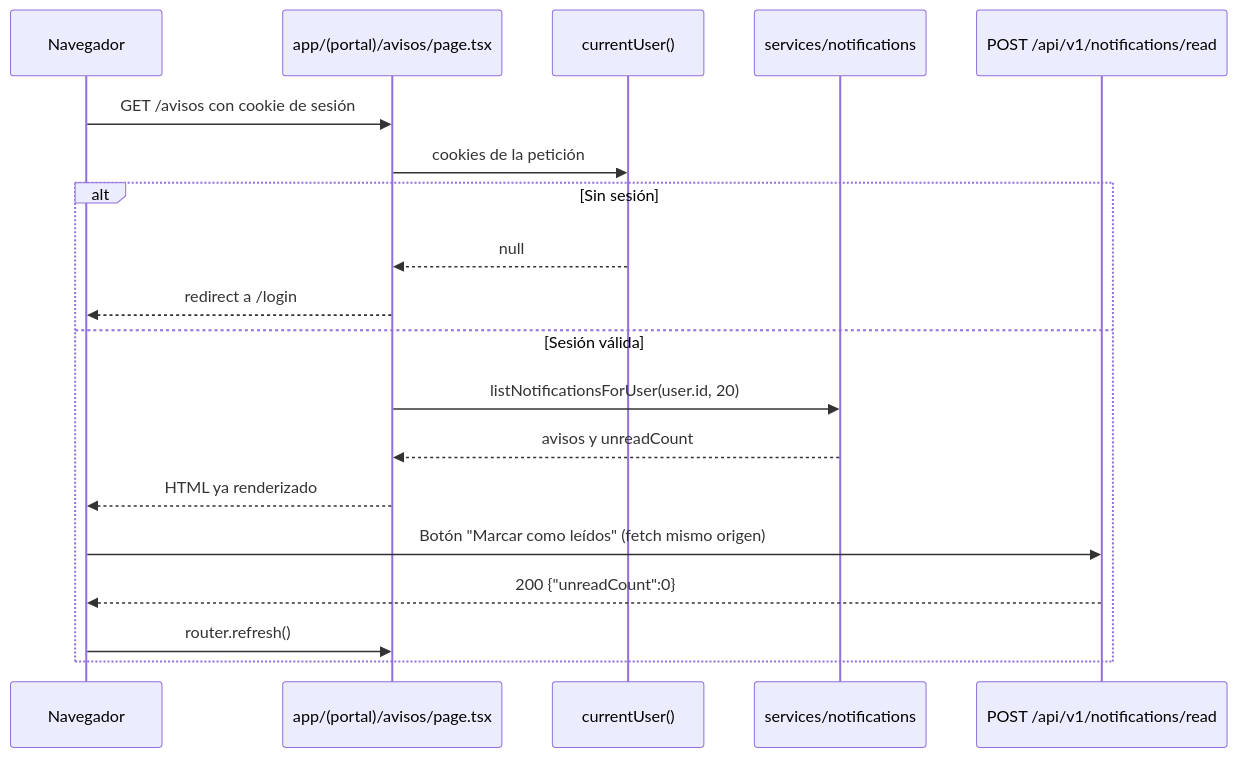
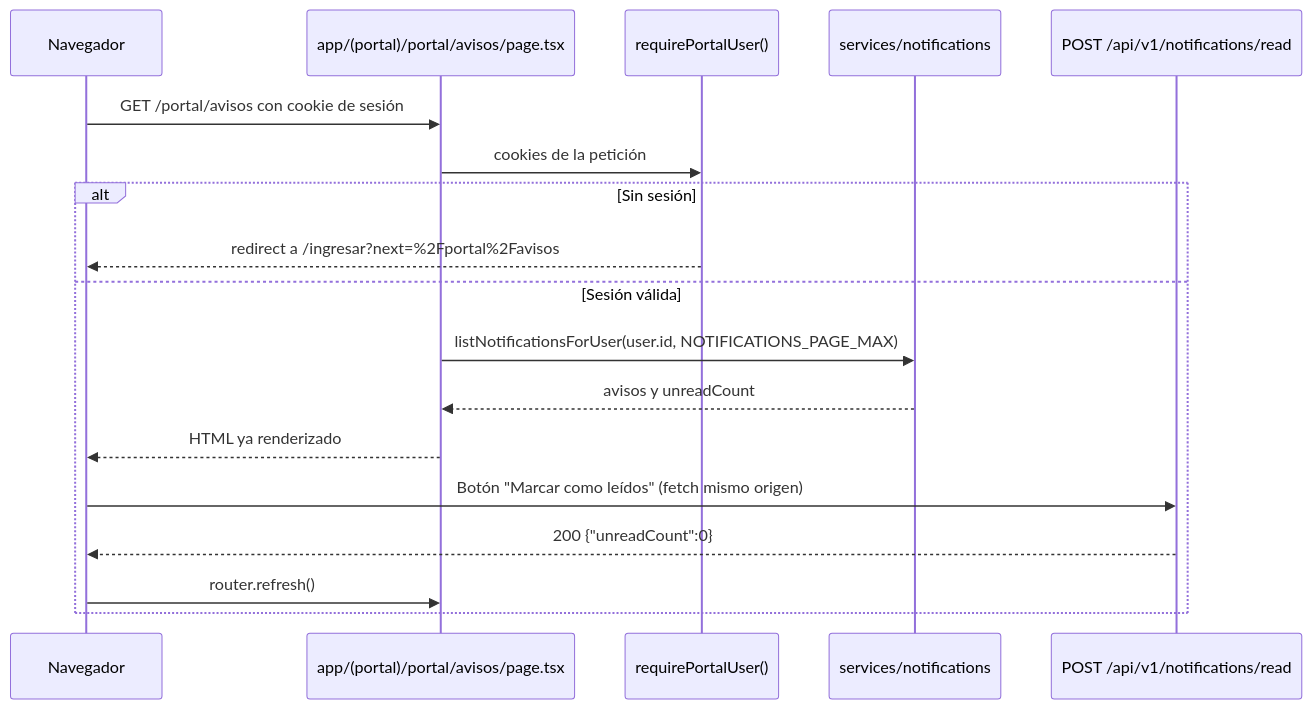
The diagram in docs/notificaciones.md (julianmeoficial/RutaSegura), drawn with Mermaid before and after one commit. The commit also changed other lines of this file and 96 other files, not shown here.

````diff
--- a/docs/notificaciones.md
+++ b/docs/notificaciones.md
@@ -31,21 +31,20 @@
 ```mermaid
 sequenceDiagram
     participant N as Navegador
-    participant P as app/(portal)/avisos/page.tsx
-    participant U as currentUser()
+    participant P as app/(portal)/portal/avisos/page.tsx
+    participant U as requirePortalUser()
     participant S as services/notifications
     participant A as POST /api/v1/notifications/read
-    N->>P: GET /avisos con cookie de sesión
+    N->>P: GET /portal/avisos con cookie de sesión
     P->>U: cookies de la petición
     alt Sin sesión
-        U-->>P: null
-        P-->>N: redirect a /login
+        U-->>N: redirect a /ingresar?next=%2Fportal%2Favisos
     else Sesión válida
-        P->>S: listNotificationsForUser(user.id, 20)
+        P->>S: listNotificationsForUser(user.id, NOTIFICATIONS_PAGE_MAX)
         S-->>P: avisos y unreadCount
         P-->>N: HTML ya renderizado
         N->>A: Botón "Marcar como leídos" (fetch mismo origen)
         A-->>N: 200 {"unreadCount":0}
         N->>P: router.refresh()
     end
 ```
````
